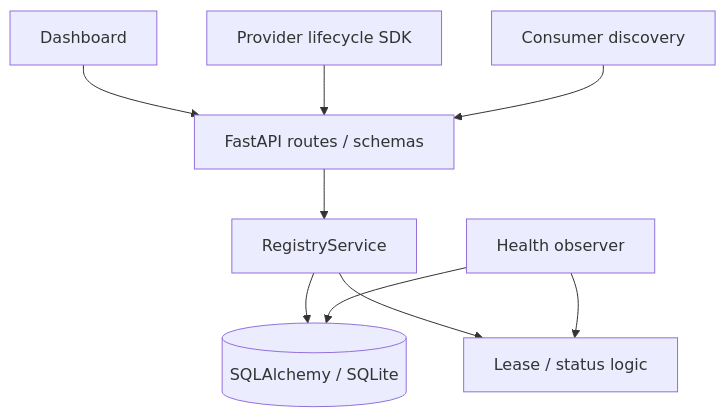
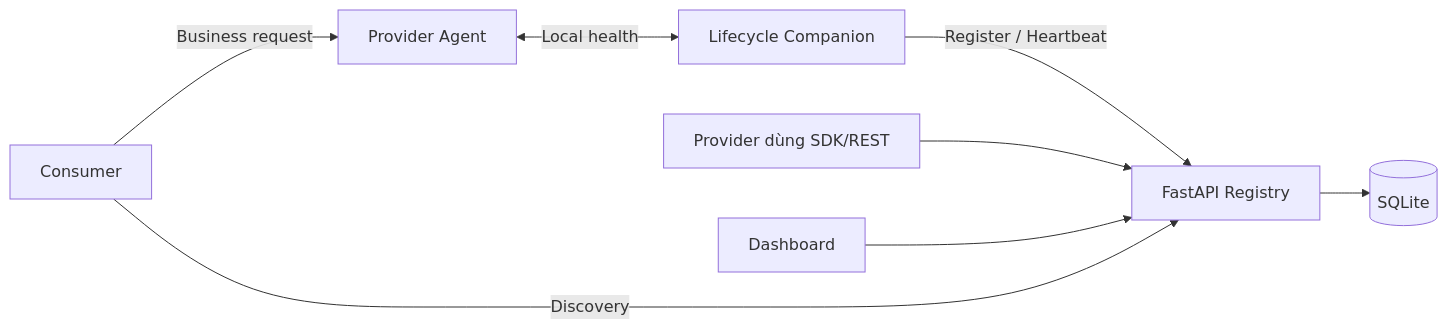
The diagram in docs/architecture.md (HPHind110/agent-registry), drawn with Mermaid before and after one commit. The commit also changed other lines of this file and 7 other files, not shown here.

Commit message:
docs: streamline Registry guides for HTTPS and Companion v1.0

````diff
--- a/docs/architecture.md
+++ b/docs/architecture.md
@@ -26,11 +7,10 @@
-```mermaid
-flowchart TD
-    UI[Dashboard] --> API[FastAPI routes / schemas]
-    SDK[Provider lifecycle SDK] --> API
-    C[Consumer discovery] --> API
-    API --> S[RegistryService]
-    S --> DB[(SQLAlchemy / SQLite)]
-    S --> L[Lease / status logic]
-    O[Health observer] --> DB
-    O --> L
-```
+~~~mermaid
+flowchart LR
+    P[Provider Agent] <-->|Local health| X[Lifecycle Companion]
+    X -->|Register / Heartbeat| R[FastAPI Registry]
+    S[Provider dùng SDK/REST] --> R
+    U[Dashboard] --> R
+    C[Consumer] -->|Discovery| R
+    C -->|Business request| P
+    R --> DB[(SQLite)]
+~~~
````
